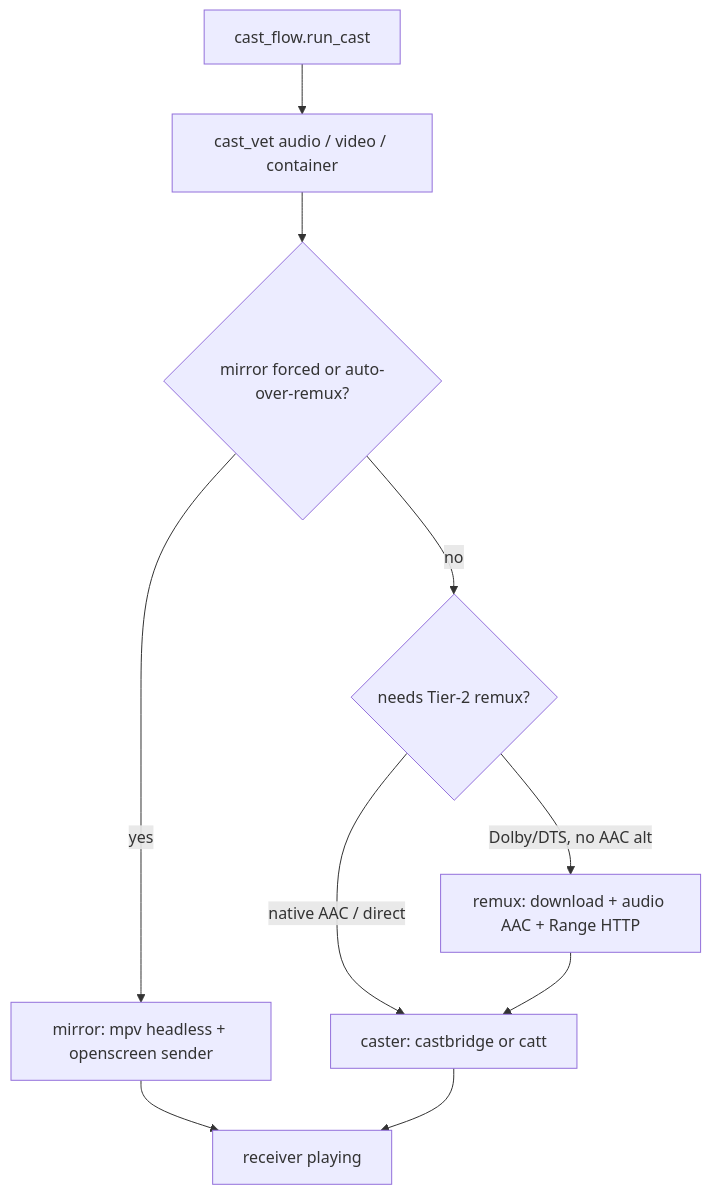
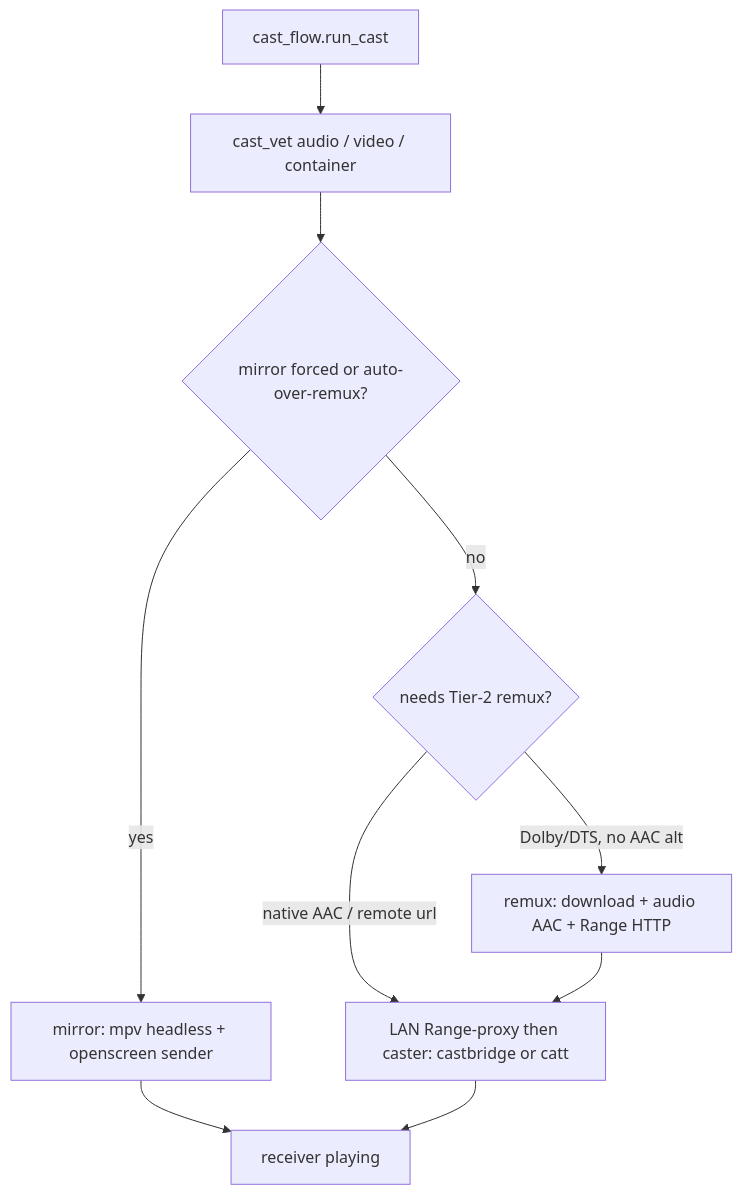
Before and after one commit to gianlucamazza/nstream: the diagram in docs/user/cast.md, drawn with Mermaid. The commit also changed other lines of this file and 25 other files, not shown here.

First line of the commit message:
ADR-0045 Phase 1: LAN Range-proxy for native HEVC on catt-only Philips DMR (#16)

````diff
--- a/docs/user/cast.md
+++ b/docs/user/cast.md
@@ -54,12 +54,12 @@
 ```mermaid
 flowchart TD
   A[cast_flow.run_cast] --> B[cast_vet audio / video / container]
   B --> C{mirror forced or auto-over-remux?}
   C -->|yes| D[mirror: mpv headless + openscreen sender]
   C -->|no| E{needs Tier-2 remux?}
   E -->|Dolby/DTS, no AAC alt| F[remux: download + audio AAC + Range HTTP]
-  E -->|native AAC / direct| G[caster: castbridge or catt]
+  E -->|native AAC / remote url| G[LAN Range-proxy then caster: castbridge or catt]
   F --> G
   D --> H[receiver playing]
   G --> H
 ```
````
